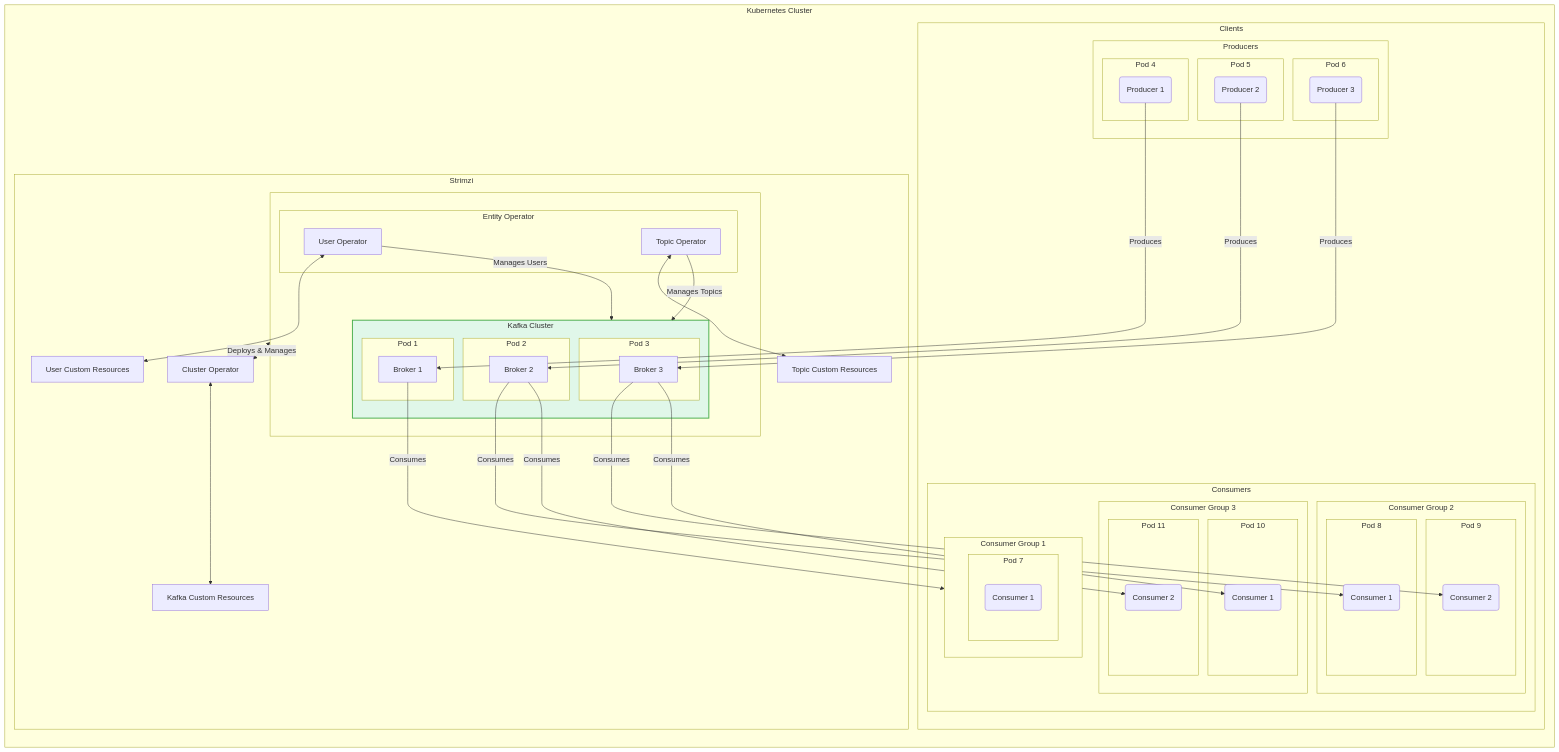
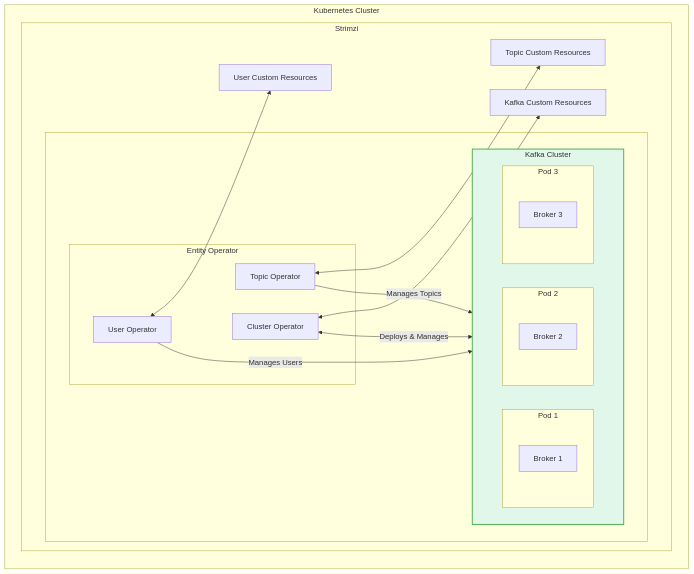
Before and after one commit to alizadina/mediumish: the fourth of 6 diagrams in _posts/2024-08-02-kafka-on-kubernetes.md, drawn with Mermaid. The commit also changed other lines of this file and 2 other files, not shown here.

```diff
--- a/_posts/2024-08-02-kafka-on-kubernetes.md
+++ b/_posts/2024-08-02-kafka-on-kubernetes.md
@@ -191,51 +226,5 @@
 <div class="mermaid">
 flowchart LR
-
-subgraph PRODUCERS["Producers"]
-    subgraph PP1P1["Pod 4"]
-        P1("Producer 1")
-     end  
-    subgraph PP2P2["Pod 5"]
-        P2("Producer 2")
-     end
-    subgraph PP3P3["Pod 6"]
-        P3("Producer 3")
-     end 
-  end
-
- subgraph CG1["Consumer Group 1"]
-    subgraph CP1C1["Pod 7"]
-        C1("Consumer 1")
-     end 
-        
-  end
- subgraph CG2["Consumer Group 2"]
-    subgraph CGP1C1["Pod 8"]
-        C2("Consumer 1")
-     end
-    subgraph CGP1C2["Pod 9"]
-        C3("Consumer 2")
-      end
-  end
- subgraph CG3["Consumer Group 3"]
-    subgraph CGP3C1["Pod 10"]
-        C4("Consumer 1")
-     end
-    subgraph CGP3C2["Pod 11"]
-        C5("Consumer 2")
-      end
-  end
-
-subgraph CONSUMERS["Consumers"]
-    CG1
-    CG2
-    CG3
- end
-
-subgraph CLS["Clients"]
-    PRODUCERS
-    CONSUMERS
-end
  
  subgraph K1["Kafka Cluster"]
     subgraph P1B1["Pod 1"]
@@ -252,6 +241,7 @@
 subgraph EO["Entity Operator"]
     UO["User Operator"]
     TO["Topic Operator"]
+    CO["Cluster Operator"]
  end
 
  subgraph KCO[" "]
@@ -263,29 +253,19 @@
     KCO
     TCR
     CO
+    UCR
     KCR
-    UCR
  end
+
 subgraph KC["Kubernetes Cluster"]
     SZ
-    CLS
  end
 
 
-P1 -- Produces ---> B1
-P2 -- Produces ---> B2
-P3 -- Produces ---> B3
-    
-B1 -- Consumes --> CG1
-B2 -- Consumes --> C2
-B3 -- Consumes --> C3
-
-B2 -- Consumes --> C5
-B3 -- Consumes --> C4
-
-KCO <-- Deploys & Manages --> CO["Cluster Operator"] <--> KCR["Kafka Custom Resources"]
+KCO <--> CO <-- Deploys & Manages --> K1
 TO <--> TCR["Topic Custom Resources"]
 UO <--> UCR["User Custom Resources"]
+CO <--> KCR["Kafka Custom Resources"]
     
 TO -- Manages Topics --> K1
 UO -- Manages Users --> K1
```
